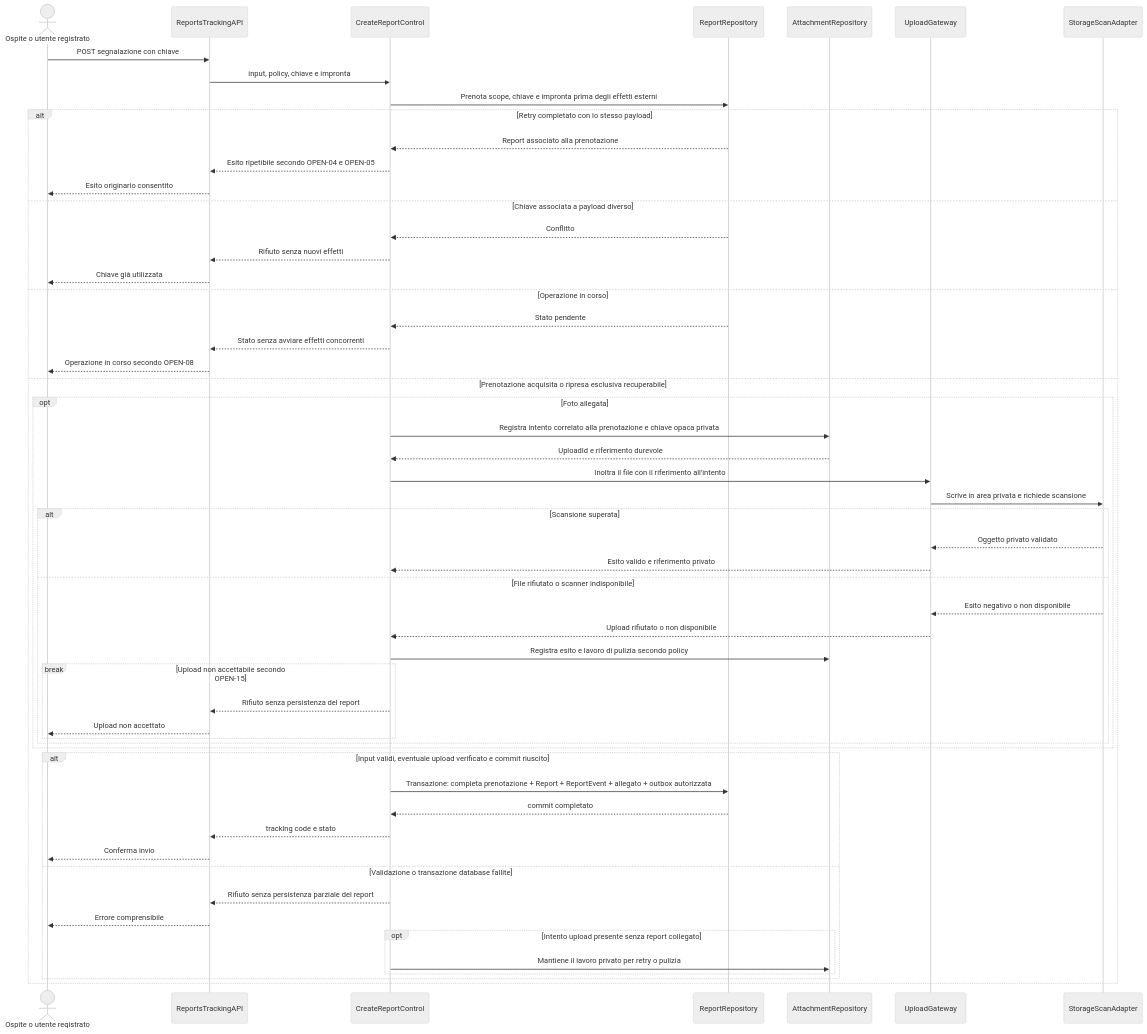
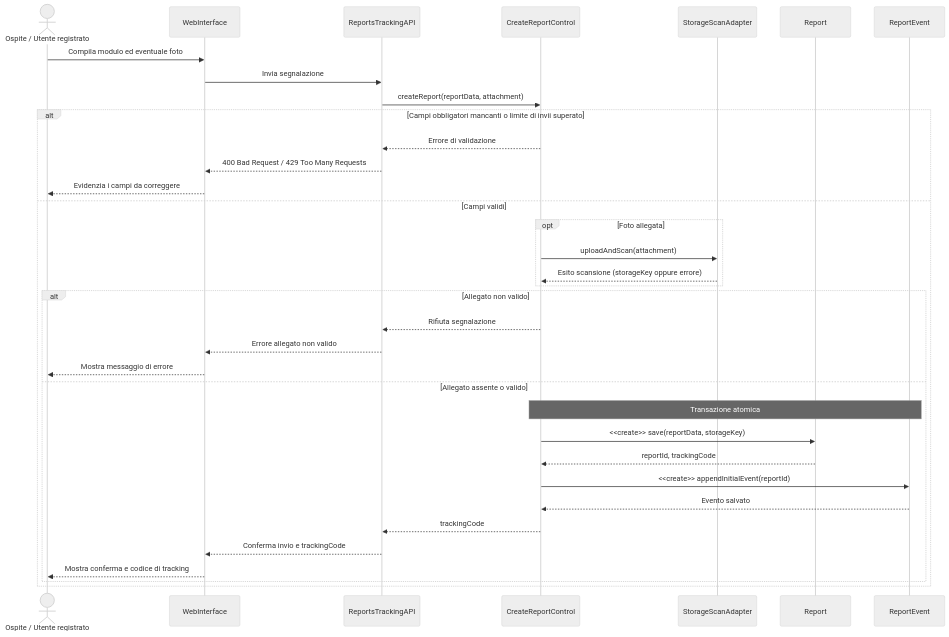
The fifth of 10 diagrams in docs/RAD.md (andreaplini/aegis), drawn with Mermaid (neutral theme) before and after one commit. The commit also changed other lines of this file, not shown here.

````diff
--- a/docs/RAD.md
+++ b/docs/RAD.md
@@ -470,58 +579,37 @@
 ```mermaid
 sequenceDiagram
-  accDescr: L'API salva segnalazione, evento e intenzione di notifica autorizzata in modo atomico. Un worker invia la notifica dopo il commit e registra gli esiti.
-  actor U as Ospite o utente registrato
+  actor U as Ospite / Utente registrato
+  participant UI as WebInterface
   participant API as ReportsTrackingAPI
   participant UC as CreateReportControl
-  participant Repo as ReportRepository
-  participant Attach as AttachmentRepository
-  participant Gateway as UploadGateway
-  participant Upload as StorageScanAdapter
-  U->>API: POST segnalazione con chiave
-  API->>UC: input, policy, chiave e impronta
-  UC->>Repo: Prenota scope, chiave e impronta prima degli effetti esterni
-  alt Retry completato con lo stesso payload
-    Repo-->>UC: Report associato alla prenotazione
-    UC-->>API: Esito ripetibile secondo OPEN-04 e OPEN-05
-    API-->>U: Esito originario consentito
-  else Chiave associata a payload diverso
-    Repo-->>UC: Conflitto
-    UC-->>API: Rifiuto senza nuovi effetti
-    API-->>U: Chiave già utilizzata
-  else Operazione in corso
-    Repo-->>UC: Stato pendente
-    UC-->>API: Stato senza avviare effetti concorrenti
-    API-->>U: Operazione in corso secondo OPEN-08
-  else Prenotazione acquisita o ripresa esclusiva recuperabile
+  participant ST as StorageScanAdapter
+  participant R as Report
+  participant E as ReportEvent
+  U->>UI: Compila modulo ed eventuale foto
+  UI->>API: Invia segnalazione
+  API->>UC: createReport(reportData, attachment)
+  alt Campi obbligatori mancanti o limite di invii superato
+    UC-->>API: Errore di validazione
+    API-->>UI: 400 Bad Request / 429 Too Many Requests
+    UI-->>U: Evidenzia i campi da correggere
+  else Campi validi
     opt Foto allegata
-      UC->>Attach: Registra intento correlato alla prenotazione e chiave opaca privata
-      Attach-->>UC: UploadId e riferimento durevole
-      UC->>Gateway: Inoltra il file con il riferimento all'intento
-      Gateway->>Upload: Scrive in area privata e richiede scansione
-      alt Scansione superata
-        Upload-->>Gateway: Oggetto privato validato
-        Gateway-->>UC: Esito valido e riferimento privato
-      else File rifiutato o scanner indisponibile
-        Upload-->>Gateway: Esito negativo o non disponibile
-        Gateway-->>UC: Upload rifiutato o non disponibile
-        UC->>Attach: Registra esito e lavoro di pulizia secondo policy
-        break Upload non accettabile secondo OPEN-15
-          UC-->>API: Rifiuto senza persistenza del report
-          API-->>U: Upload non accettato
-        end
-      end
+      UC->>ST: uploadAndScan(attachment)
+      ST-->>UC: Esito scansione (storageKey oppure errore)
     end
-    alt Input validi, eventuale upload verificato e commit riuscito
-      UC->>Repo: Transazione: completa prenotazione + Report + ReportEvent + allegato + outbox autorizzata
-      Repo-->>UC: commit completato
-      UC-->>API: tracking code e stato
-      API-->>U: Conferma invio
-    else Validazione o transazione database fallite
-      UC-->>API: Rifiuto senza persistenza parziale del report
-      API-->>U: Errore comprensibile
-      opt Intento upload presente senza report collegato
-        UC->>Attach: Mantiene il lavoro privato per retry o pulizia
-      end
+    alt Allegato non valido
+      UC-->>API: Rifiuta segnalazione
+      API-->>UI: Errore allegato non valido
+      UI-->>U: Mostra messaggio di errore
+    else Allegato assente o valido
+      Note over UC,E: Transazione atomica
+      UC->>R: <<create>> save(reportData, storageKey)
+      R-->>UC: reportId, trackingCode
+      UC->>E: <<create>> appendInitialEvent(reportId)
+      E-->>UC: Evento salvato
+      UC-->>API: trackingCode
+      API-->>UI: Conferma invio e trackingCode
+      UI-->>U: Mostra conferma e codice di tracking
     end
   end
 ```
````
